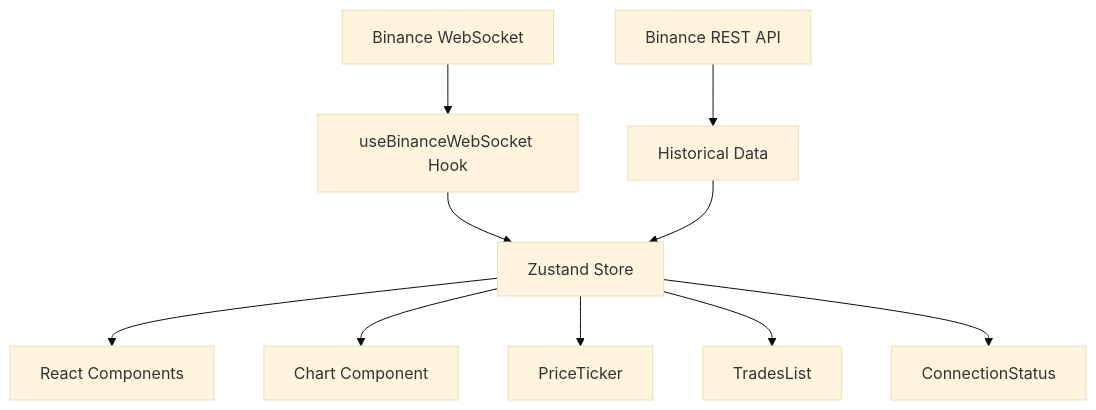
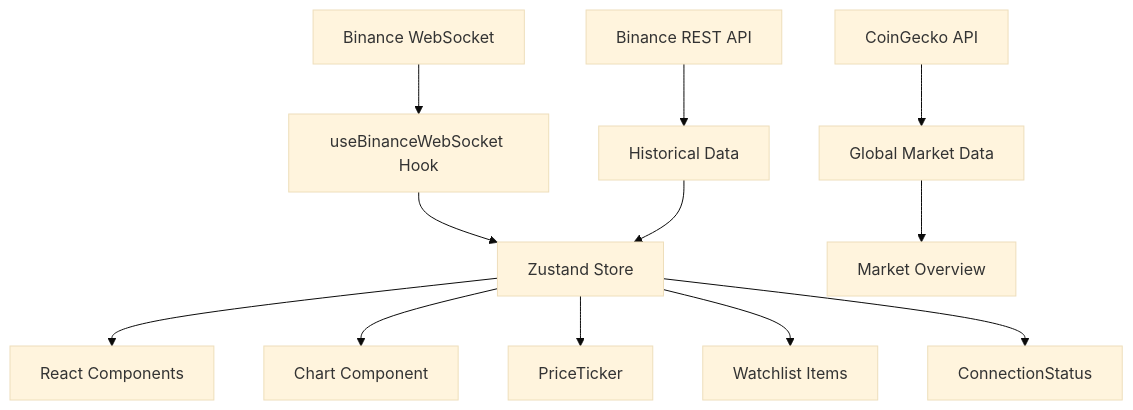
Before and after one commit to Vicent00/Trading_view: the diagram in README.md, drawn with Mermaid (base theme). The commit also changed other lines of this file and 2 other files, not shown here.

````diff
--- a/README.md
+++ b/README.md
@@ -95,14 +103,17 @@
 ```mermaid
 graph TD
     A[Binance WebSocket] --> B[useBinanceWebSocket Hook]
     B --> C[Zustand Store]
     C --> D[React Components]
     
     E[Binance REST API] --> F[Historical Data]
     F --> C
     
-    C --> G[Chart Component]
-    C --> H[PriceTicker]
-    C --> I[TradesList]
-    C --> J[ConnectionStatus]
+    G[CoinGecko API] --> H[Global Market Data]
+    H --> I[Market Overview]
+    
+    C --> J[Chart Component]
+    C --> K[PriceTicker]
+    C --> L[Watchlist Items]
+    C --> M[ConnectionStatus]
 ```
````
